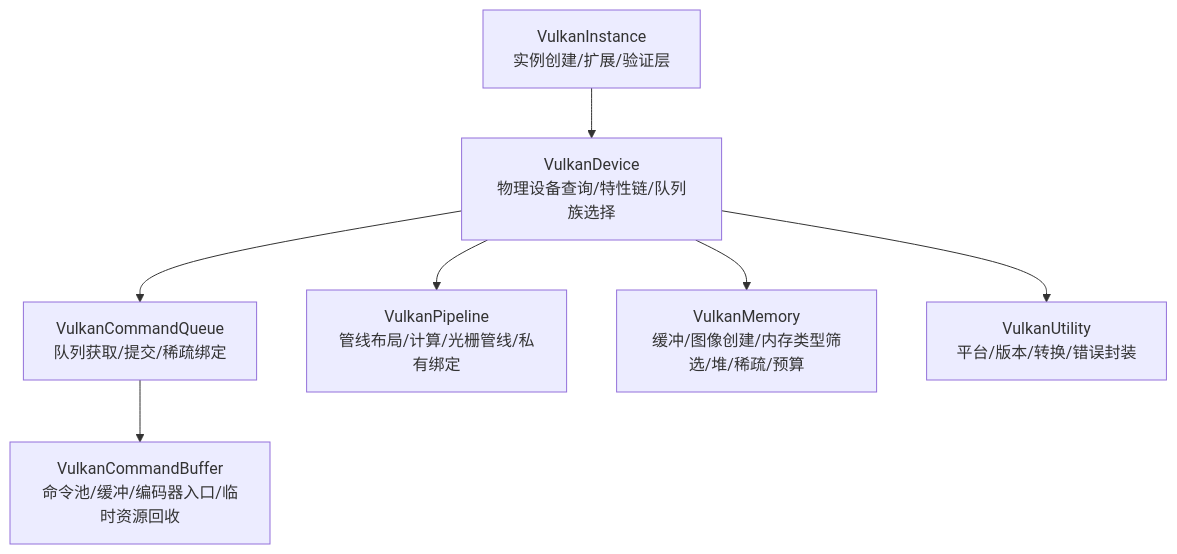
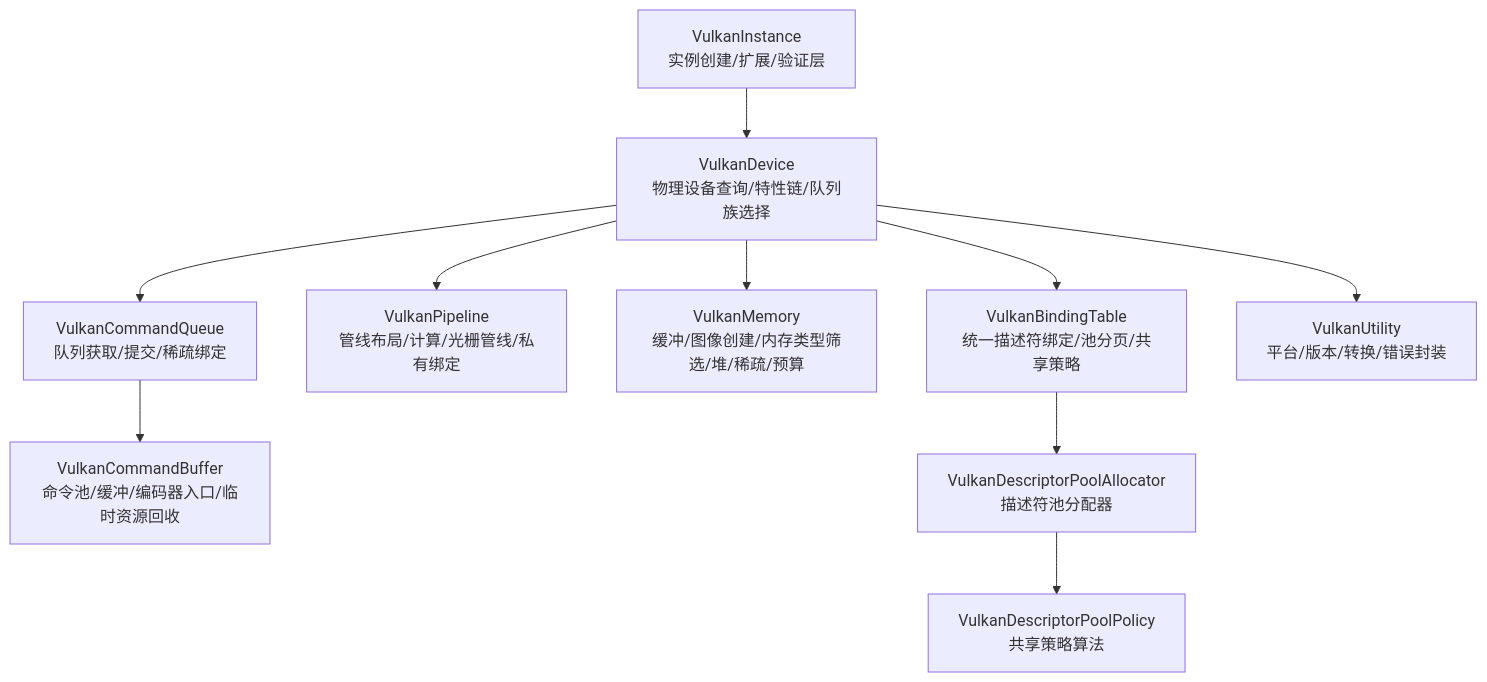
The first of 11 diagrams in .qoder/repowiki/zh/content/后端实现/Vulkan 后端.md (haolange/SharpGPU), drawn with Mermaid before and after one commit. The commit also changed other lines of this file and 4 other files, not shown here.

````diff
--- a/.qoder/repowiki/zh/content/后端实现/Vulkan 后端.md
+++ b/.qoder/repowiki/zh/content/后端实现/Vulkan 后端.md
@@ -37,9 +46,12 @@
 ```mermaid
 graph TB
 A["VulkanInstance<br/>实例创建/扩展/验证层"] --> B["VulkanDevice<br/>物理设备查询/特性链/队列族选择"]
 B --> C["VulkanCommandQueue<br/>队列获取/提交/稀疏绑定"]
 C --> D["VulkanCommandBuffer<br/>命令池/缓冲/编码器入口/临时资源回收"]
 B --> E["VulkanPipeline<br/>管线布局/计算/光栅管线/私有绑定"]
 B --> F["VulkanMemory<br/>缓冲/图像创建/内存类型筛选/堆/稀疏/预算"]
-B --> G["VulkanUtility<br/>平台/版本/转换/错误封装"]
+B --> G["VulkanBindingTable<br/>统一描述符绑定/池分页/共享策略"]
+B --> H["VulkanUtility<br/>平台/版本/转换/错误封装"]
+G --> I["VulkanDescriptorPoolAllocator<br/>描述符池分配器"]
+I --> J["VulkanDescriptorPoolPolicy<br/>共享策略算法"]
 ```
````
